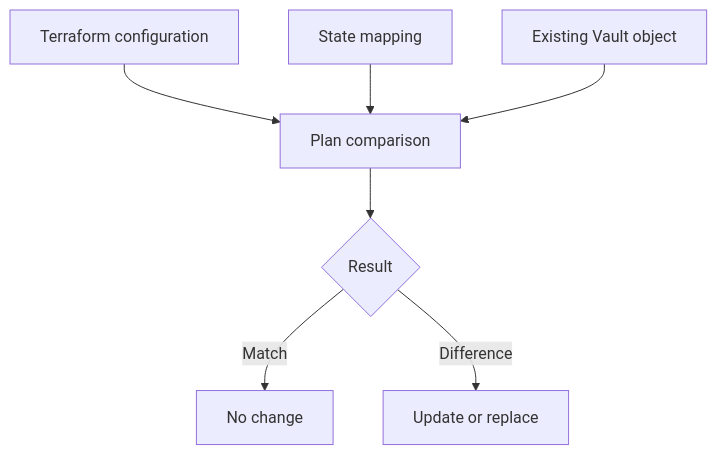
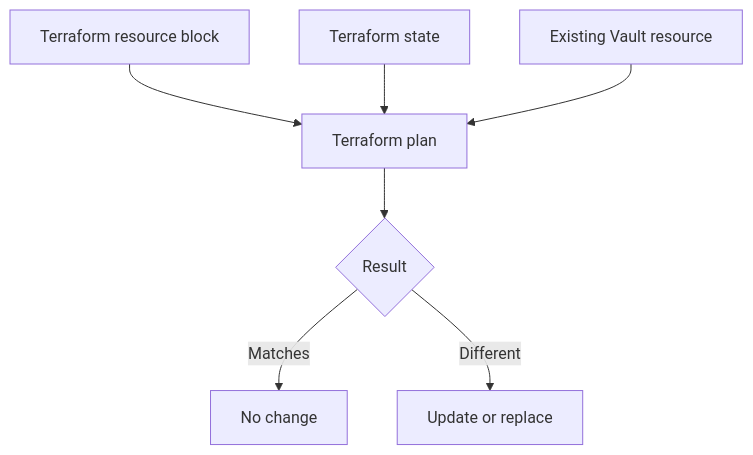
One commit to therayy/terraform-ntax changed the third of 3 diagrams in README.md. Above: the diagram before and after it, drawn with Mermaid. The commit also changed other lines of this file and 1 other file, not shown here.

````diff
--- a/README.md
+++ b/README.md
@@ -618,9 +471,9 @@
 ```mermaid
 flowchart TD
-    A["Terraform configuration"] --> D["Plan comparison"]
-    B["State mapping"] --> D
-    C["Existing Vault object"] --> D
+    A["Terraform resource block"] --> D["Terraform plan"]
+    B["Terraform state"] --> D
+    C["Existing Vault resource"] --> D
     D --> E{"Result"}
-    E -->|Match| F["No change"]
-    E -->|Difference| G["Update or replace"]
+    E -->|Matches| F["No change"]
+    E -->|Different| G["Update or replace"]
 ```
````
